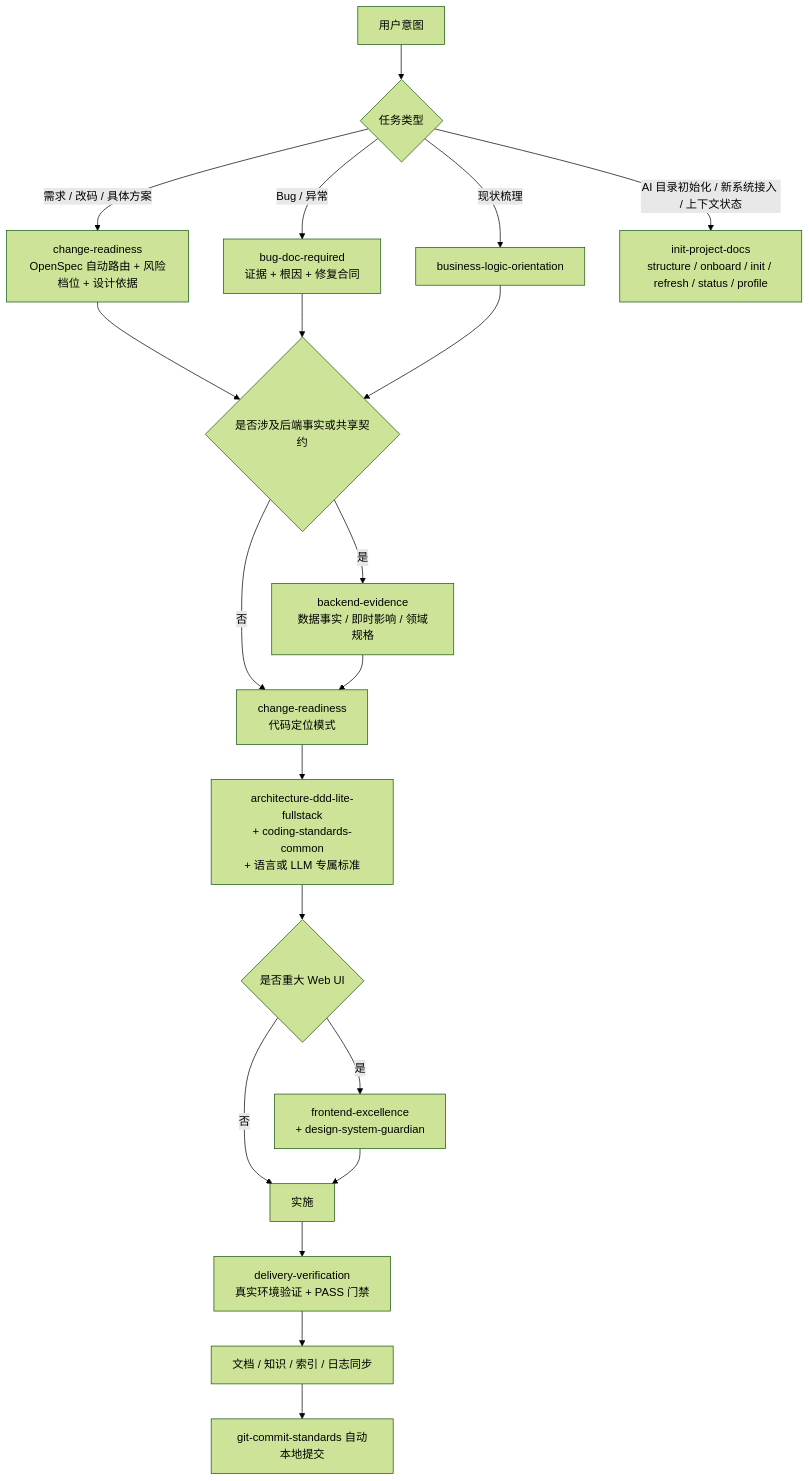
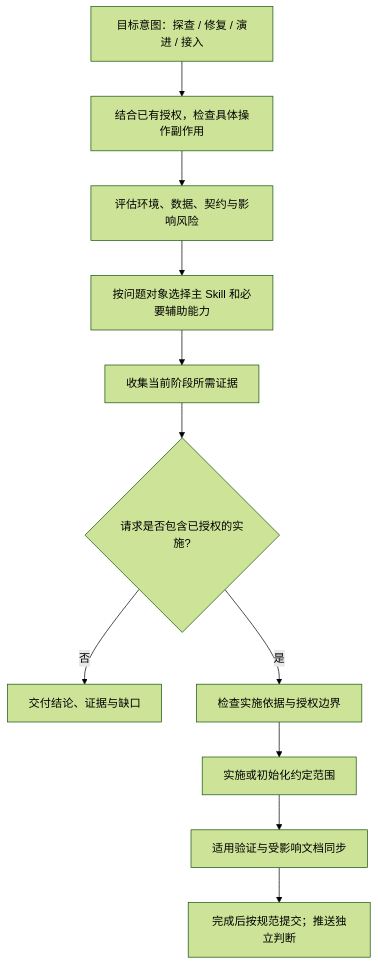
One commit to exception-coder/team-standards changed the diagram in AGENTS.md. Above: the diagram before and after it, drawn with Mermaid (forest theme). The commit also changed other lines of this file and 18 other files, not shown here.

First line of the commit message:
feat(routing): 分离任务意图授权与风险判断

````diff
--- a/AGENTS.md
+++ b/AGENTS.md
@@ -12,22 +12,13 @@
 ```mermaid
 flowchart TD
-    A["用户意图"] --> B{"任务类型"}
-    B -->|"需求 / 改码 / 具体方案"| C["change-readiness\nOpenSpec 自动路由 + 风险档位 + 设计依据"]
-    B -->|"Bug / 异常"| D["bug-doc-required\n证据 + 根因 + 修复合同"]
-    B -->|"现状梳理"| E["business-logic-orientation"]
-    B -->|"AI 目录初始化 / 新系统接入 / 上下文状态"| F["init-project-docs\nstructure / onboard / init / refresh / status / profile"]
-    C --> G{"是否涉及后端事实或共享契约"}
-    D --> G
-    E --> G
-    G -->|"是"| H["backend-evidence\n数据事实 / 即时影响 / 领域规格"]
-    G -->|"否"| I["change-readiness\n代码定位模式"]
-    H --> I
-    I --> J["architecture-ddd-lite-fullstack\n+ coding-standards-common\n+ 语言或 LLM 专属标准"]
-    J --> K{"是否重大 Web UI"}
-    K -->|"是"| L["frontend-excellence\n+ design-system-guardian"]
-    K -->|"否"| M["实施"]
-    L --> M
-    M --> V["delivery-verification\n真实环境验证 + PASS 门禁"]
-    V --> N["文档 / 知识 / 索引 / 日志同步"]
-    N --> O["git-commit-standards 自动本地提交"]
+    A["目标意图：探查 / 修复 / 演进 / 接入"] --> B["结合已有授权，检查具体操作副作用"]
+    B --> C["评估环境、数据、契约与影响风险"]
+    C --> D["按问题对象选择主 Skill 和必要辅助能力"]
+    D --> E["收集当前阶段所需证据"]
+    E --> F{"请求是否包含已授权的实施?"}
+    F -->|"否"| G["交付结论、证据与缺口"]
+    F -->|"是"| H["检查实施依据与授权边界"]
+    H --> I["实施或初始化约定范围"]
+    I --> J["适用验证与受影响文档同步"]
+    J --> K["完成后按规范提交；推送独立判断"]
 ```
````
